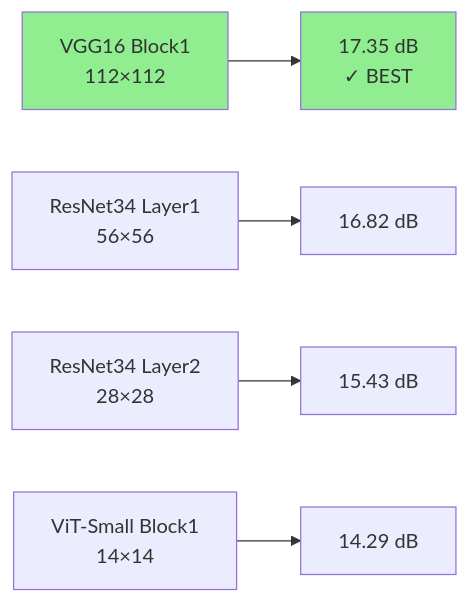
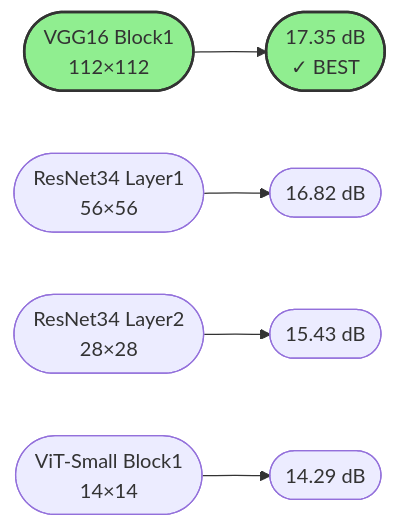
Before and after one commit to DanicaBlazanovic/CAP6415_F25_project_Input_Image_Reconstruction_from_Features: the seventh of 9 diagrams in methodology.md, drawn with Mermaid. The commit also changed other lines of this file, not shown here.

````diff
--- a/methodology.md
+++ b/methodology.md
@@ -175,10 +179,10 @@
 ```mermaid
 graph LR
-    A[VGG16 Block1<br/>112×112] --> E[17.35 dB<br/>✓ BEST]
-    B[ResNet34 Layer1<br/>56×56] --> F[16.82 dB]
-    C[ResNet34 Layer2<br/>28×28] --> G[15.43 dB]
-    D[ViT-Small Block1<br/>14×14] --> H[14.29 dB]
+    A([VGG16 Block1<br/>112×112]) --> E([17.35 dB<br/>✓ BEST])
+    B([ResNet34 Layer1<br/>56×56]) --> F([16.82 dB])
+    C([ResNet34 Layer2<br/>28×28]) --> G([15.43 dB])
+    D([ViT-Small Block1<br/>14×14]) --> H([14.29 dB])
     
-    style A fill:#90EE90
-    style E fill:#90EE90
+    style A fill:#90EE90,stroke:#333,stroke-width:2px
+    style E fill:#90EE90,stroke:#333,stroke-width:2px
 ```
````
